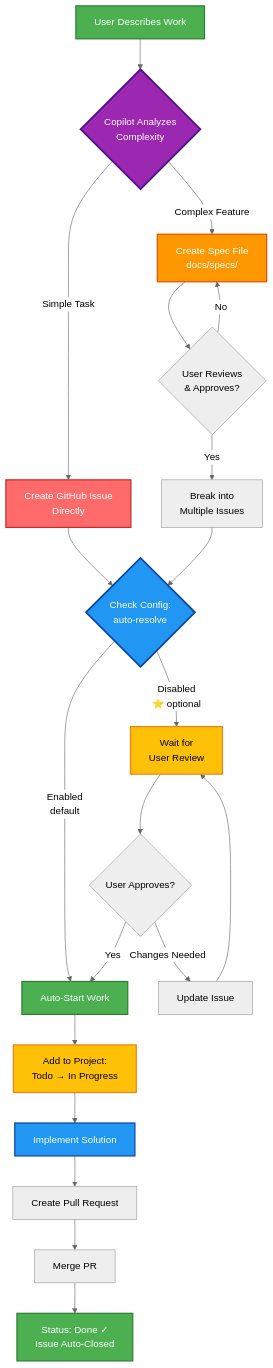
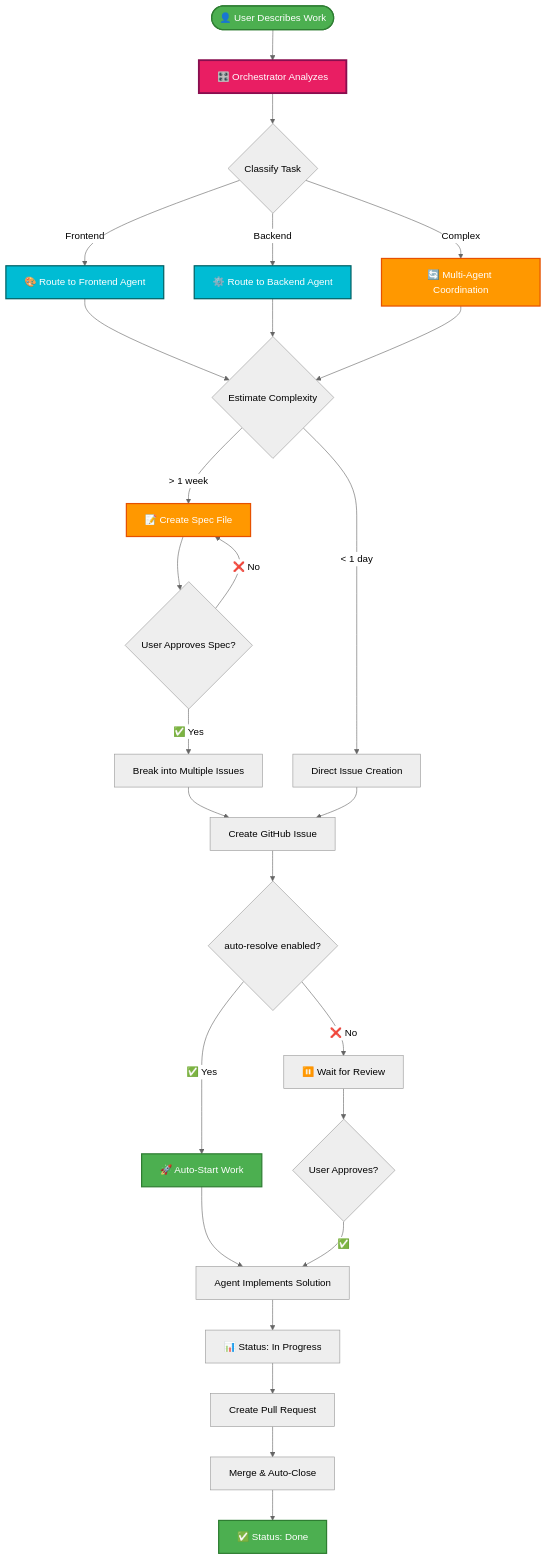
Before and after one commit to leopagotto/ingvar-kit: the second of 2 diagrams in README.md, drawn with Mermaid (neutral theme). The commit also changed other lines of this file, not shown here.

````diff
--- a/README.md
+++ b/README.md
@@ -153,39 +193,47 @@
 ```mermaid
 graph TB
-    A[User Describes Work] --> B{Copilot Analyzes<br/>Complexity}
+    START([👤 User Describes Work])
 
-    B -->|Simple Task| C[Create GitHub Issue<br/>Directly]
-    B -->|Complex Feature| D[Create Spec File<br/>docs/specs/]
+    START --> ORCHESTRATOR[🎛️ Orchestrator Analyzes]
+    ORCHESTRATOR --> CLASSIFY{Classify Task}
 
-    D --> E{User Reviews<br/>& Approves?}
-    E -->|Yes| F[Break into<br/>Multiple Issues]
-    E -->|No| D
+    CLASSIFY -->|Frontend| ROUTE_FE[🎨 Route to Frontend Agent]
+    CLASSIFY -->|Backend| ROUTE_BE[⚙️ Route to Backend Agent]
+    CLASSIFY -->|Complex| ROUTE_MULTI[🔄 Multi-Agent Coordination]
 
-    C --> G{Check Config:<br/>auto-resolve}
-    F --> G
+    ROUTE_FE --> COMPLEXITY{Estimate Complexity}
+    ROUTE_BE --> COMPLEXITY
+    ROUTE_MULTI --> COMPLEXITY
 
-    G -->|Enabled<br/>default| H[Auto-Start Work]
-    G -->|Disabled<br/>⭐ optional| I[Wait for<br/>User Review]
+    COMPLEXITY -->|< 1 day| SIMPLE[Direct Issue Creation]
+    COMPLEXITY -->|> 1 week| COMPLEX[📝 Create Spec File]
 
-    I --> J{User Approves?}
-    J -->|Yes| H
-    J -->|Changes Needed| K[Update Issue]
-    K --> I
+    COMPLEX --> REVIEW{User Approves Spec?}
+    REVIEW -->|✅ Yes| BREAKDOWN[Break into Multiple Issues]
+    REVIEW -->|❌ No| COMPLEX
 
-    H --> L[Add to Project:<br/>Todo → In Progress]
-    L --> M[Implement Solution]
-    M --> N[Create Pull Request]
-    N --> O[Merge PR]
-    O --> P[Status: Done ✓<br/>Issue Auto-Closed]
+    BREAKDOWN --> CREATE_ISSUE[Create GitHub Issue]
+    SIMPLE --> CREATE_ISSUE
 
-    style A fill:#4CAF50,stroke:#2E7D32,stroke-width:2px,color:#fff
-    style B fill:#9C27B0,stroke:#4A148C,stroke-width:3px,color:#fff
-    style D fill:#FF9800,stroke:#E65100,stroke-width:2px,color:#fff
-    style C fill:#FF6B6B,stroke:#C92A2A,stroke-width:2px,color:#fff
-    style G fill:#2196F3,stroke:#0D47A1,stroke-width:3px,color:#fff
-    style I fill:#FFC107,stroke:#F57F17,stroke-width:2px,color:#000
-    style H fill:#4CAF50,stroke:#2E7D32,stroke-width:2px,color:#fff
-    style L fill:#FFC107,stroke:#F57F17,stroke-width:2px,color:#000
-    style M fill:#2196F3,stroke:#0D47A1,stroke-width:2px,color:#fff
-    style P fill:#4CAF50,stroke:#2E7D32,stroke-width:2px,color:#fff
+    CREATE_ISSUE --> CHECK_CONFIG{auto-resolve enabled?}
+    CHECK_CONFIG -->|✅ Yes| AUTO_START[🚀 Auto-Start Work]
+    CHECK_CONFIG -->|❌ No| WAIT[⏸️ Wait for Review]
+
+    AUTO_START --> IMPLEMENT[Agent Implements Solution]
+    WAIT --> USER_OK{User Approves?}
+    USER_OK -->|✅| IMPLEMENT
+
+    IMPLEMENT --> STATUS[📊 Status: In Progress]
+    STATUS --> PR[Create Pull Request]
+    PR --> MERGE[Merge & Auto-Close]
+    MERGE --> DONE[✅ Status: Done]
+
+    style START fill:#4CAF50,stroke:#2E7D32,stroke-width:2px,color:#fff
+    style ORCHESTRATOR fill:#E91E63,stroke:#880E4F,stroke-width:3px,color:#fff
+    style ROUTE_FE fill:#00BCD4,stroke:#006064,stroke-width:2px,color:#fff
+    style ROUTE_BE fill:#00BCD4,stroke:#006064,stroke-width:2px,color:#fff
+    style ROUTE_MULTI fill:#FF9800,stroke:#E65100,stroke-width:2px,color:#fff
+    style COMPLEX fill:#FF9800,stroke:#E65100,stroke-width:2px,color:#fff
+    style AUTO_START fill:#4CAF50,stroke:#2E7D32,stroke-width:2px,color:#fff
+    style DONE fill:#4CAF50,stroke:#2E7D32,stroke-width:2px,color:#fff
 ```
````
